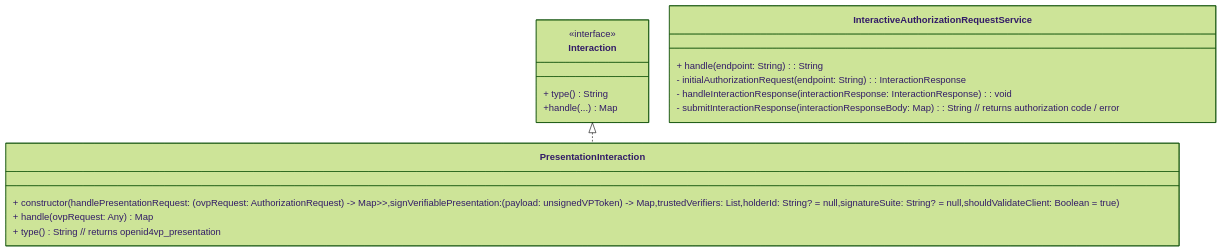
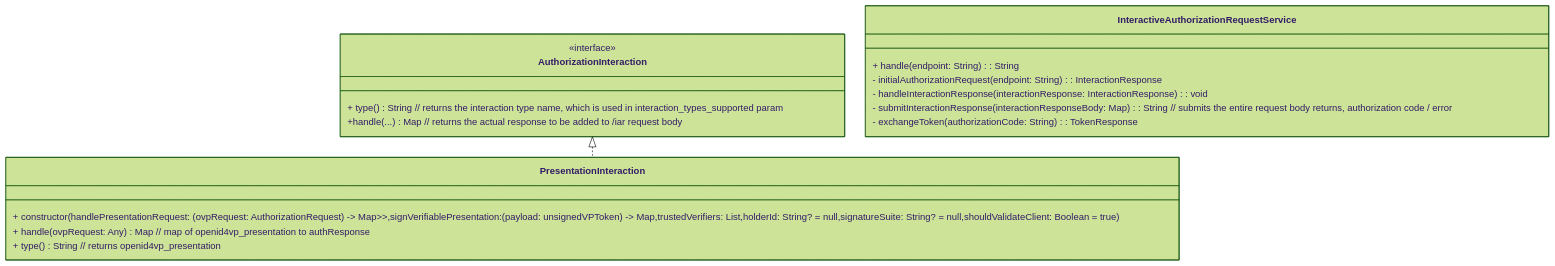
The third of 3 diagrams in docs/presentation-during-issuance.md (tw-mosip/inji-wallet), drawn with Mermaid (forest theme) before and after one commit. The commit also changed other lines of this file, not shown here.

Commit message:
[INJIMOB-3601] refactor: change Interaction to AuthorizationInteraction

````diff
--- a/docs/presentation-during-issuance.md
+++ b/docs/presentation-during-issuance.md
@@ -175,26 +175,27 @@
 ```mermaid
 ---
 config:
   layout: elk
 ---
 classDiagram
     class PresentationInteraction {
         + constructor(handlePresentationRequest: (ovpRequest: AuthorizationRequest) -> Map<String, Map<FormatType, List<Any>>>,signVerifiablePresentation: (payload: unsignedVPToken) -> Map<FormatType, VPTokenSigningResult>,trustedVerifiers: List<Verifier>,holderId: String? = null,signatureSuite: String? = null,shouldValidateClient: Boolean = true)
-        + handle(ovpRequest: Any) Map<String, Any>
+        + handle(ovpRequest: Any) Map<String, Any> // map of openid4vp_presentation to authResponse
         + type() String // returns openid4vp_presentation
     }
-    class Interaction {
+    class AuthorizationInteraction {
         <<interface>>
-        + type() String
-        +handle(...) Map<String, Any>
+        + type() String // returns the interaction type name, which is used in interaction_types_supported param
+        +handle(...) Map<String, Any> // returns the actual response to be added to /iar request body
     }
 
-    Interaction <|.. PresentationInteraction
+    AuthorizationInteraction <|.. PresentationInteraction
     
     class InteractiveAuthorizationRequestService {
         + handle(endpoint: String) : String
         - initialAuthorizationRequest(endpoint: String) : InteractionResponse
         - handleInteractionResponse(interactionResponse: InteractionResponse) : void
-        - submitInteractionResponse(interactionResponseBody: Map<String, Any>) : String // returns authorization code / error
+        - submitInteractionResponse(interactionResponseBody: Map<String, Any>) : String // submits the entire request body returns, authorization code / error
+        - exchangeToken(authorizationCode: String) : TokenResponse
     }
 ```
````
